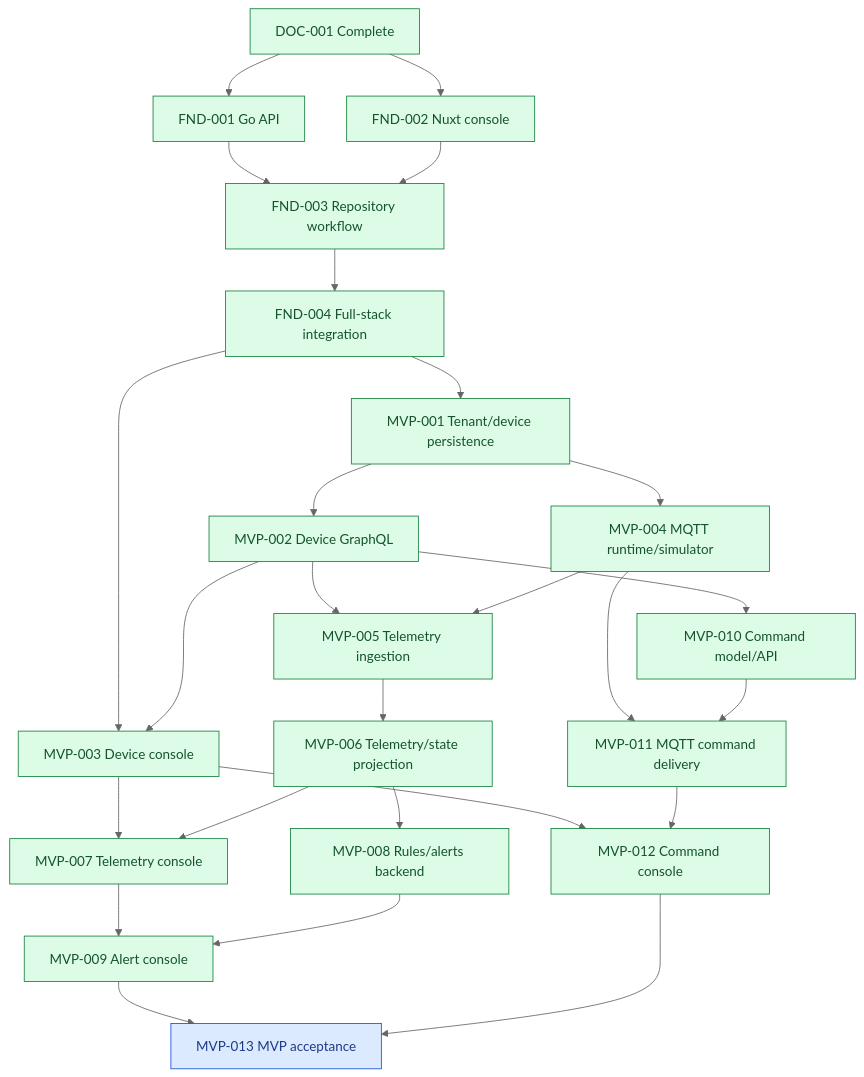
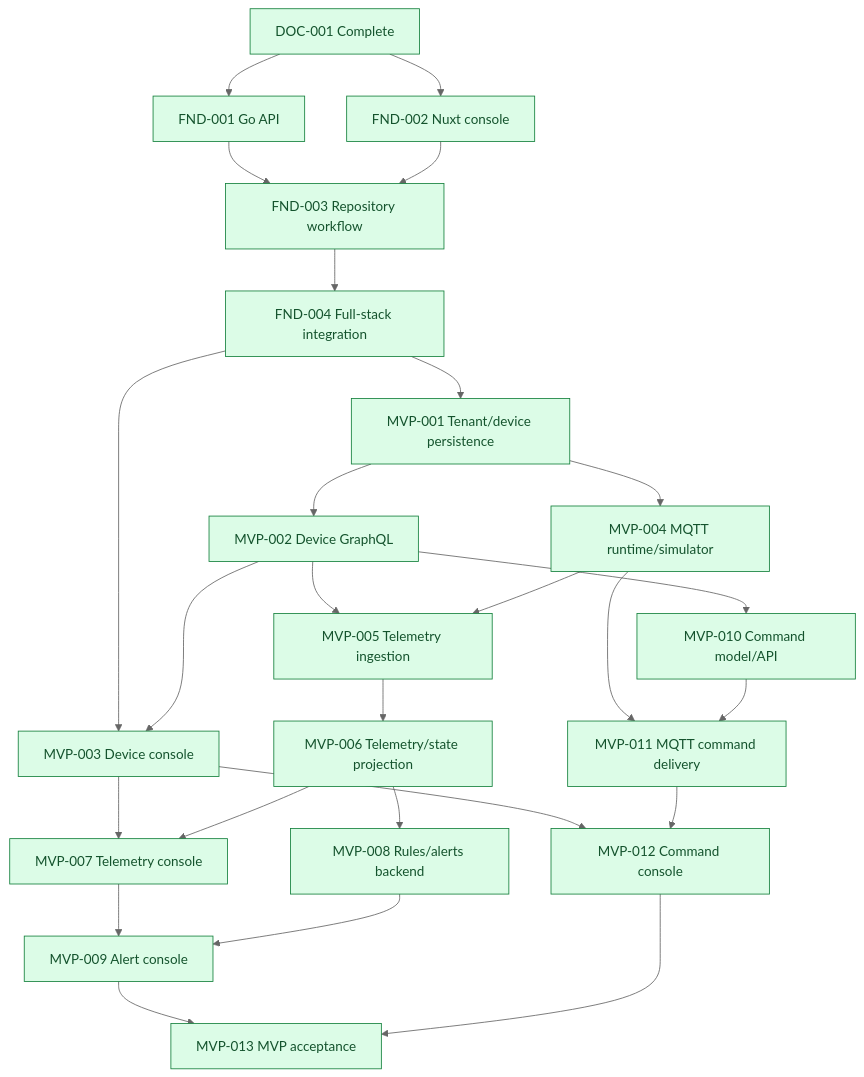
The second of 2 diagrams in docs/roadmap/roadmap.md (methat-ruk/pulsegrid), drawn with Mermaid (neutral theme) before and after one commit. The commit also changed other lines of this file and 7 other files, not shown here.

````diff
--- a/docs/roadmap/roadmap.md
+++ b/docs/roadmap/roadmap.md
@@ -51,55 +51,54 @@
 ```mermaid
 flowchart TD
     DOC001[DOC-001 Complete] --> FND001[FND-001 Go API]
     DOC001 --> FND002[FND-002 Nuxt console]
     FND001 --> FND003[FND-003 Repository workflow]
     FND002 --> FND003
     FND003 --> FND004[FND-004 Full-stack integration]
 
     FND004 --> MVP001[MVP-001 Tenant/device persistence]
     MVP001 --> MVP002[MVP-002 Device GraphQL]
     FND004 --> MVP003[MVP-003 Device console]
     MVP002 --> MVP003
 
     MVP001 --> MVP004[MVP-004 MQTT runtime/simulator]
     MVP002 --> MVP005[MVP-005 Telemetry ingestion]
     MVP004 --> MVP005
     MVP005 --> MVP006[MVP-006 Telemetry/state projection]
     MVP003 --> MVP007[MVP-007 Telemetry console]
     MVP006 --> MVP007
 
     MVP006 --> MVP008[MVP-008 Rules/alerts backend]
     MVP007 --> MVP009[MVP-009 Alert console]
     MVP008 --> MVP009
 
     MVP002 --> MVP010[MVP-010 Command model/API]
     MVP004 --> MVP011[MVP-011 MQTT command delivery]
     MVP010 --> MVP011
     MVP003 --> MVP012[MVP-012 Command console]
     MVP011 --> MVP012
 
     MVP009 --> MVP013[MVP-013 MVP acceptance]
     MVP012 --> MVP013
 
     classDef complete fill:#DCFCE7,stroke:#15803D,color:#14532D;
     classDef progress fill:#FEF3C7,stroke:#B45309,color:#78350F;
-    classDef review fill:#DBEAFE,stroke:#1D4ED8,color:#1E3A8A;
     class DOC001 complete;
     class FND001 complete;
     class FND002 complete;
     class FND003 complete;
     class FND004 complete;
     class MVP001 complete;
     class MVP002 complete;
     class MVP003 complete;
     class MVP004 complete;
     class MVP005 complete;
     class MVP006 complete;
     class MVP007 complete;
     class MVP008 complete;
     class MVP009 complete;
     class MVP010 complete;
     class MVP011 complete;
     class MVP012 complete;
-    class MVP013 review;
+    class MVP013 complete;
 ```
````
